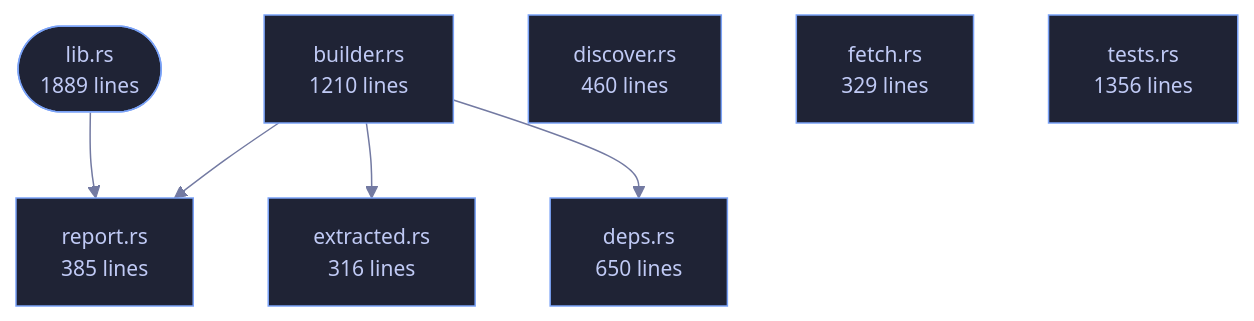
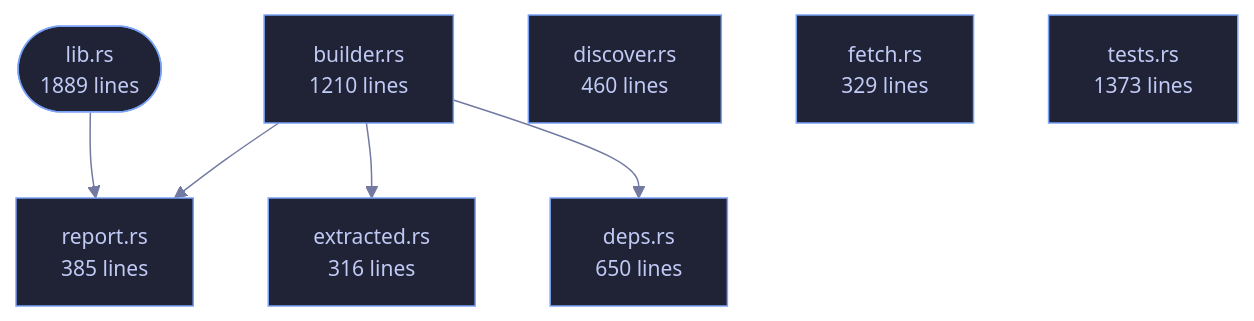
One commit to tilas01/veilvoice changed the diagram in crates/veilvoice-verify/README.md. Above: the diagram before and after it, drawn with Mermaid. The commit also changed other lines of this file and 41 other files, not shown here.

````diff
--- a/crates/veilvoice-verify/README.md
+++ b/crates/veilvoice-verify/README.md
@@ -93,24 +93,24 @@
 ```mermaid
 %%{init: {"theme":"base","themeVariables":{"background":"#1a1b26","primaryColor":"#1f2335","primaryTextColor":"#c0caf5","primaryBorderColor":"#7aa2f7","secondaryColor":"#16161e","tertiaryColor":"#16161e","lineColor":"#737aa2","textColor":"#c0caf5","mainBkg":"#1f2335","nodeBorder":"#7aa2f7","clusterBkg":"#16161e","clusterBorder":"#2f3549","fontFamily":"ui-monospace, SFMono-Regular, Consolas, monospace","fontSize":"14px"}}}%%
 flowchart TD
     n_lib(["lib.rs<br/>1889 lines"])
     n_builder["builder.rs<br/>1210 lines"]
     n_deps["deps.rs<br/>650 lines"]
     n_discover["discover.rs<br/>460 lines"]
     n_extracted["extracted.rs<br/>316 lines"]
     n_fetch["fetch.rs<br/>329 lines"]
     n_report["report.rs<br/>385 lines"]
-    n_tests["tests.rs<br/>1356 lines"]
+    n_tests["tests.rs<br/>1373 lines"]
     n_builder --> n_deps
     n_builder --> n_extracted
     n_builder --> n_report
     n_lib --> n_report
     click n_lib href "https://github.com/tilas01/veilvoice/blob/main/crates/veilvoice-verify/src/lib.rs" "open the source"
     click n_builder href "https://github.com/tilas01/veilvoice/blob/main/crates/veilvoice-verify/src/builder.rs" "open the source"
     click n_deps href "https://github.com/tilas01/veilvoice/blob/main/crates/veilvoice-verify/src/deps.rs" "open the source"
     click n_discover href "https://github.com/tilas01/veilvoice/blob/main/crates/veilvoice-verify/src/discover.rs" "open the source"
     click n_extracted href "https://github.com/tilas01/veilvoice/blob/main/crates/veilvoice-verify/src/extracted.rs" "open the source"
     click n_fetch href "https://github.com/tilas01/veilvoice/blob/main/crates/veilvoice-verify/src/fetch.rs" "open the source"
     click n_report href "https://github.com/tilas01/veilvoice/blob/main/crates/veilvoice-verify/src/report.rs" "open the source"
     click n_tests href "https://github.com/tilas01/veilvoice/blob/main/crates/veilvoice-verify/src/tests.rs" "open the source"
 ```
````
